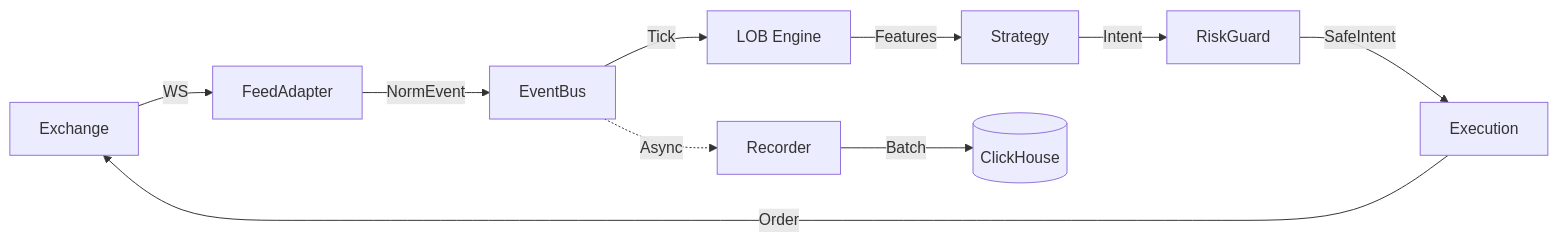
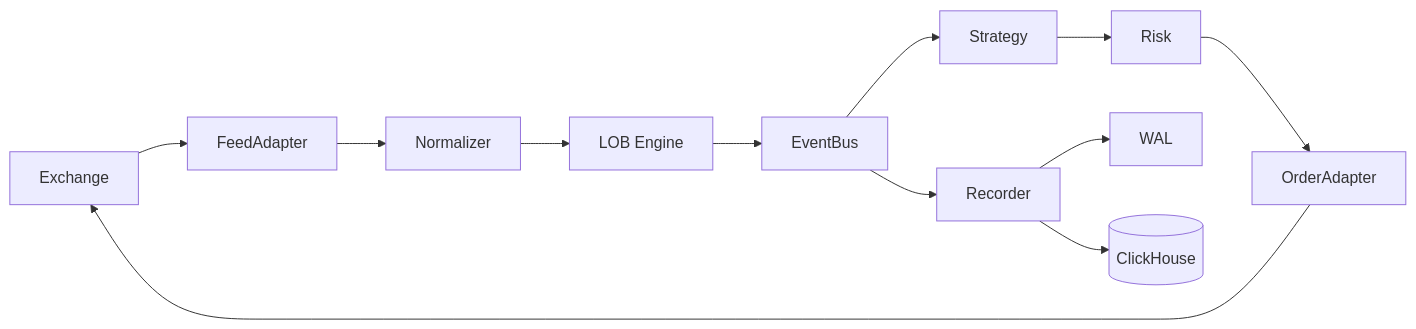
One commit to Charliesj0129/subhft changed the diagram in docs/ARCHITECTURE.md. Above: the diagram before and after it, drawn with Mermaid. The commit also changed other lines of this file and 34 other files, not shown here.

````diff
--- a/docs/ARCHITECTURE.md
+++ b/docs/ARCHITECTURE.md
@@ -44,15 +71,14 @@
 ```mermaid
 graph LR
-    Ex[Exchange] -->|WS| FA[FeedAdapter]
-    FA -->|NormEvent| Bus[EventBus]
-    
-    Bus -->|Tick| LOB[LOB Engine]
-    LOB -->|Features| Strat[Strategy]
-    
-    Strat -->|Intent| Risk[RiskGuard]
-    Risk -->|SafeIntent| Exec[Execution]
-    Exec -->|Order| Ex
-    
-    Bus -.->|Async| Rec[Recorder]
-    Rec -->|Batch| DB[(ClickHouse)]
+  Ex[Exchange] --> FA[FeedAdapter]
+  FA --> Norm[Normalizer]
+  Norm --> LOB[LOB Engine]
+  LOB --> Bus[EventBus]
+  Bus --> Strat[Strategy]
+  Strat --> Risk[Risk]
+  Risk --> Order[OrderAdapter]
+  Order --> Ex
+  Bus --> Rec[Recorder]
+  Rec --> WAL[WAL]
+  Rec --> CH[(ClickHouse)]
 ```
````
